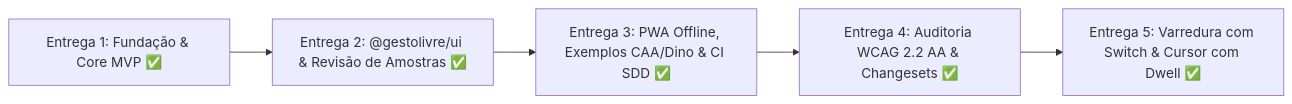
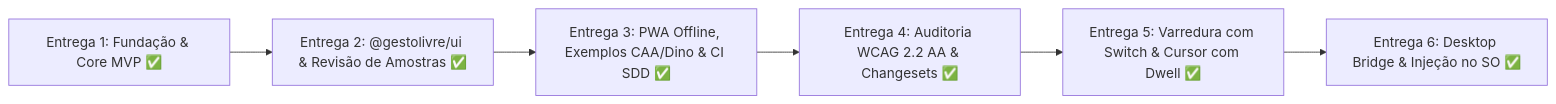
One commit to PauloHFA/GestoLivre changed the diagram in PROGRESS.md. Above: the diagram before and after it, drawn with Mermaid. The commit also changed other lines of this file and 16 other files, not shown here.

Commit message:
feat(bridge): add desktop WebSocket bridge for OS-level input injection and complete Entrega 6

````diff
--- a/PROGRESS.md
+++ b/PROGRESS.md
@@ -9,7 +9,8 @@
 ```mermaid
 flowchart LR
     E1["Entrega 1: Fundação & Core MVP ✅"] --> E2["Entrega 2: @gestolivre/ui & Revisão de Amostras ✅"]
     E2 --> E3["Entrega 3: PWA Offline, Exemplos CAA/Dino & CI SDD ✅"]
     E3 --> E4["Entrega 4: Auditoria WCAG 2.2 AA & Changesets ✅"]
     E4 --> E5["Entrega 5: Varredura com Switch & Cursor com Dwell ✅"]
+    E5 --> E6["Entrega 6: Desktop Bridge & Injeção no SO ✅"]
 ```
````
